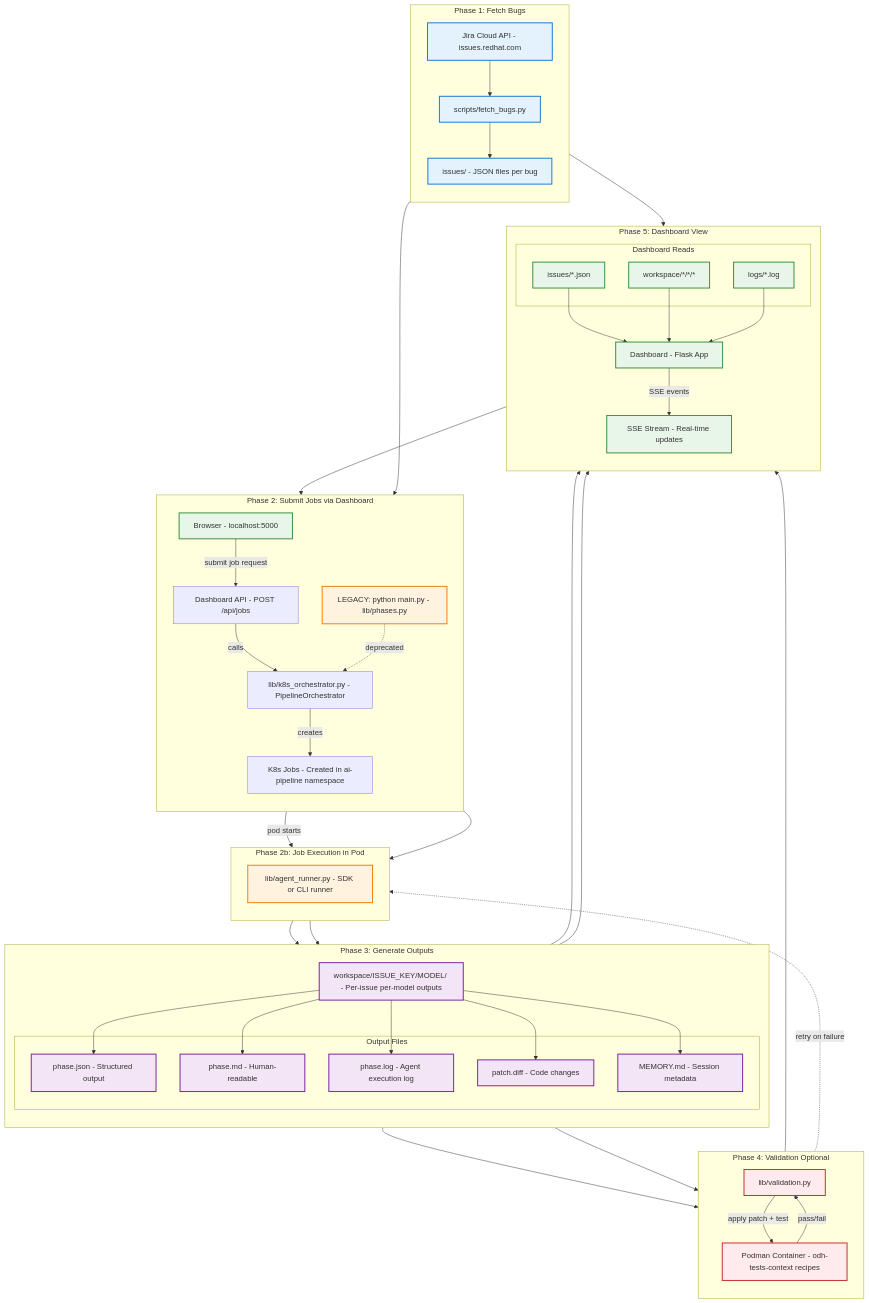
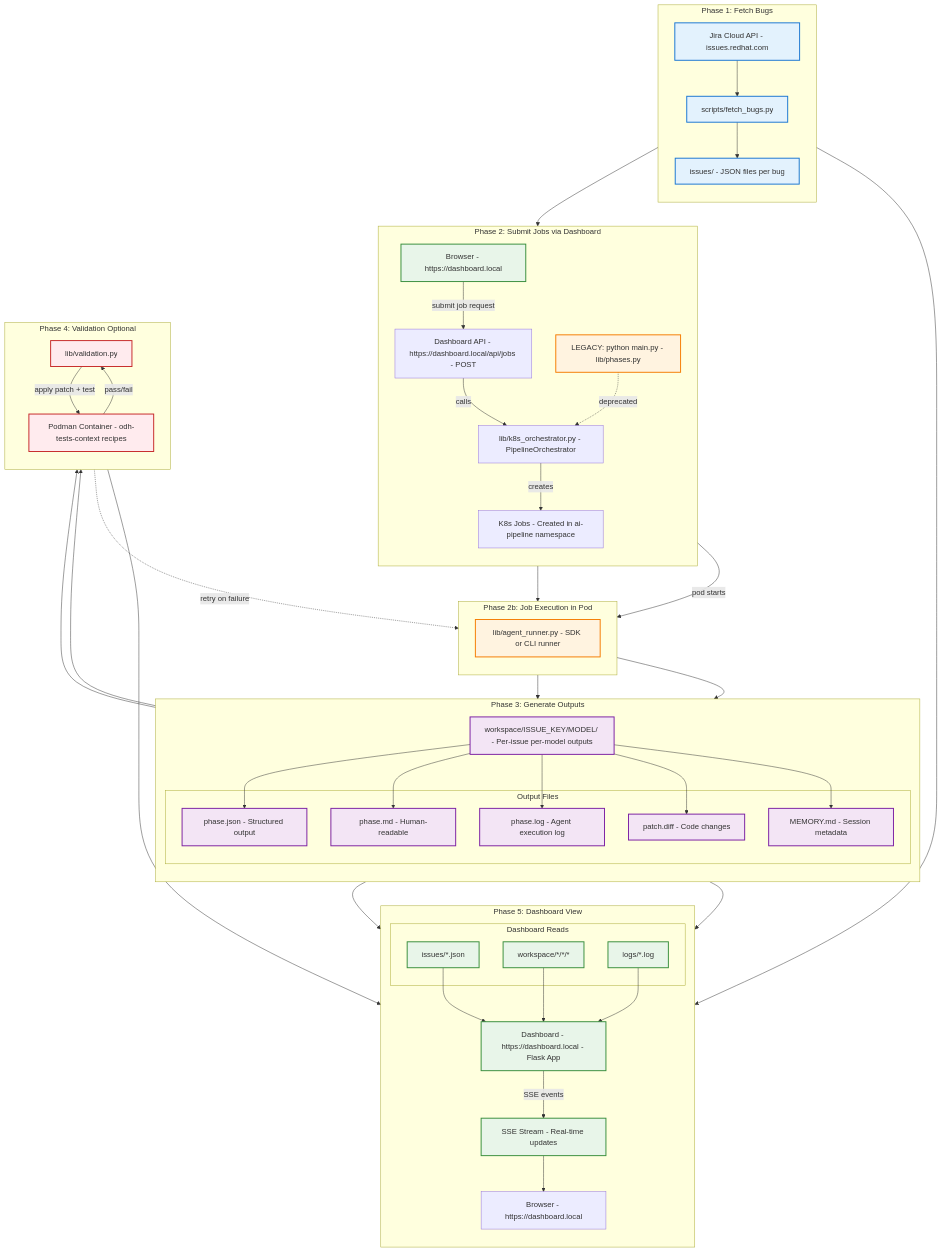
Before and after one commit to jctanner/ai-first-pipeline: the diagram in docs/architecture-data-flow.mmd, drawn with Mermaid. The commit also changed 3 other files, not shown here.

First line of the commit message:
Update diagrams to use Traefik ingress hostnames instead of localhost ports

```diff
--- a/docs/architecture-data-flow.mmd
+++ b/docs/architecture-data-flow.mmd
@@ -1,105 +1,105 @@
 graph TB
     subgraph Phase1["Phase 1: Fetch Bugs"]
         direction TB
         JiraAPI["Jira Cloud API - issues.redhat.com"]
         FetchScript["scripts/fetch_bugs.py"]
         IssuesDir["issues/ - JSON files per bug"]
 
         JiraAPI --> FetchScript
         FetchScript --> IssuesDir
     end
 
     subgraph Phase2["Phase 2: Submit Jobs via Dashboard"]
         direction TB
-        Browser["Browser - Dashboard UI"]
-        DashboardAPI["Dashboard API - POST /api/jobs"]
+        Browser["Browser - https://dashboard.local"]
+        DashboardAPI["Dashboard API - https://dashboard.local/api/jobs - POST"]
         K8sOrchestrator["lib/k8s_orchestrator.py - PipelineOrchestrator"]
         K8sJobs["K8s Jobs - Created in ai-pipeline namespace"]
 
         Browser -->|submit job request| DashboardAPI
         DashboardAPI -->|calls| K8sOrchestrator
         K8sOrchestrator -->|creates| K8sJobs
 
         CLI["LEGACY: python main.py - lib/phases.py"]
         CLI -.->|deprecated| K8sOrchestrator
     end
 
     subgraph Phase2b["Phase 2b: Job Execution in Pod"]
         direction TB
         AgentRunner["lib/agent_runner.py - SDK or CLI runner"]
         K8sJobs -->|pod starts| AgentRunner
     end
 
     subgraph Phase3["Phase 3: Generate Outputs"]
         direction TB
         Workspace["workspace/ISSUE_KEY/MODEL/ - Per-issue per-model outputs"]
 
         subgraph Outputs["Output Files"]
             PhaseJSON["phase.json - Structured output"]
             PhaseMD["phase.md - Human-readable"]
             PhaseLog["phase.log - Agent execution log"]
             PatchDiff["patch.diff - Code changes"]
             MemoryMD["MEMORY.md - Session metadata"]
         end
 
         AgentRunner --> Workspace
         Workspace --> PhaseJSON
         Workspace --> PhaseMD
         Workspace --> PhaseLog
         Workspace --> PatchDiff
         Workspace --> MemoryMD
     end
 
     subgraph Phase4["Phase 4: Validation Optional"]
         direction TB
         ValidationLib["lib/validation.py"]
         PodmanContainer["Podman Container - odh-tests-context recipes"]
 
         PatchDiff --> ValidationLib
         ValidationLib -->|apply patch + test| PodmanContainer
         PodmanContainer -->|pass/fail| ValidationLib
         ValidationLib -.->|retry on failure| AgentRunner
     end
 
     subgraph Phase5["Phase 5: Dashboard View"]
         direction TB
-        Dashboard["Dashboard - Flask App"]
-        Browser["Browser - localhost:5000"]
+        Dashboard["Dashboard - https://dashboard.local - Flask App"]
+        BrowserView["Browser - https://dashboard.local"]
 
         subgraph DashboardData["Dashboard Reads"]
             ReadIssues["issues/*.json"]
             ReadWorkspace["workspace/*/*/*"]
             ReadLogs["logs/*.log"]
         end
 
         SSE["SSE Stream - Real-time updates"]
 
         IssuesDir --> ReadIssues
         Workspace --> ReadWorkspace
         PhaseLog --> ReadLogs
 
         ReadIssues --> Dashboard
         ReadWorkspace --> Dashboard
         ReadLogs --> Dashboard
 
         Dashboard -->|SSE events| SSE
-        SSE --> Browser
+        SSE --> BrowserView
     end
 
     IssuesDir --> Phase2
     Phase2 --> Phase2b
     Phase2b --> Phase3
     Phase3 --> Phase4
     Phase4 --> Phase5
 
     classDef fetch fill:#e3f2fd,stroke:#1976d2,stroke-width:2px
     classDef process fill:#fff3e0,stroke:#f57c00,stroke-width:2px
     classDef output fill:#f3e5f5,stroke:#7b1fa2,stroke-width:2px
     classDef validate fill:#ffebee,stroke:#c62828,stroke-width:2px
     classDef view fill:#e8f5e9,stroke:#388e3c,stroke-width:2px
 
     class JiraAPI,FetchScript,IssuesDir fetch
     class CLI,PhasesLib,AgentRunner process
     class Workspace,PhaseJSON,PhaseMD,PhaseLog,PatchDiff,MemoryMD output
     class ValidationLib,PodmanContainer validate
     class Dashboard,Browser,SSE,ReadIssues,ReadWorkspace,ReadLogs view
```
